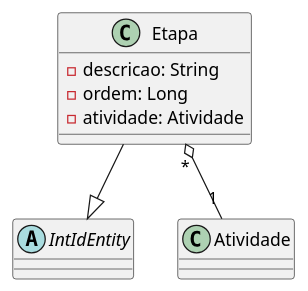
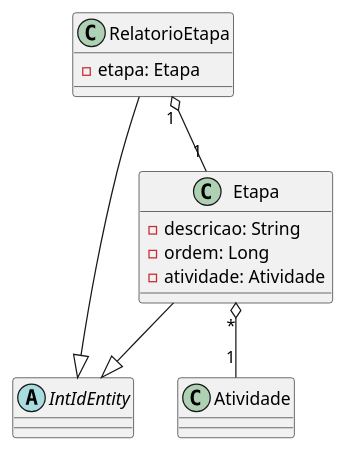
The diagram in docs/classes/core/etapas/domain/main.puml (Wesley0010012/DSMA-Requisitos), drawn with PlantUML before and after one commit.

Commit message:
feat: inclui relatório de etapa

```diff
--- a/docs/classes/core/etapas/domain/main.puml
+++ b/docs/classes/core/etapas/domain/main.puml
@@ -1,16 +1,23 @@
 @startuml "Domínio - Módulo de Etapas"
 
 abstract class IntIdEntity
 
 class Atividade
 
 class Etapa {
     - descricao: String
     - ordem: Long
     - atividade: Atividade
 }
 
+class RelatorioEtapa {
+    - etapa: Etapa
+}
+
 Etapa --|> IntIdEntity
 Etapa "*" o-- "1" Atividade
 
+RelatorioEtapa --|> IntIdEntity
+RelatorioEtapa "1" o-- "1" Etapa
+
 @enduml
```
